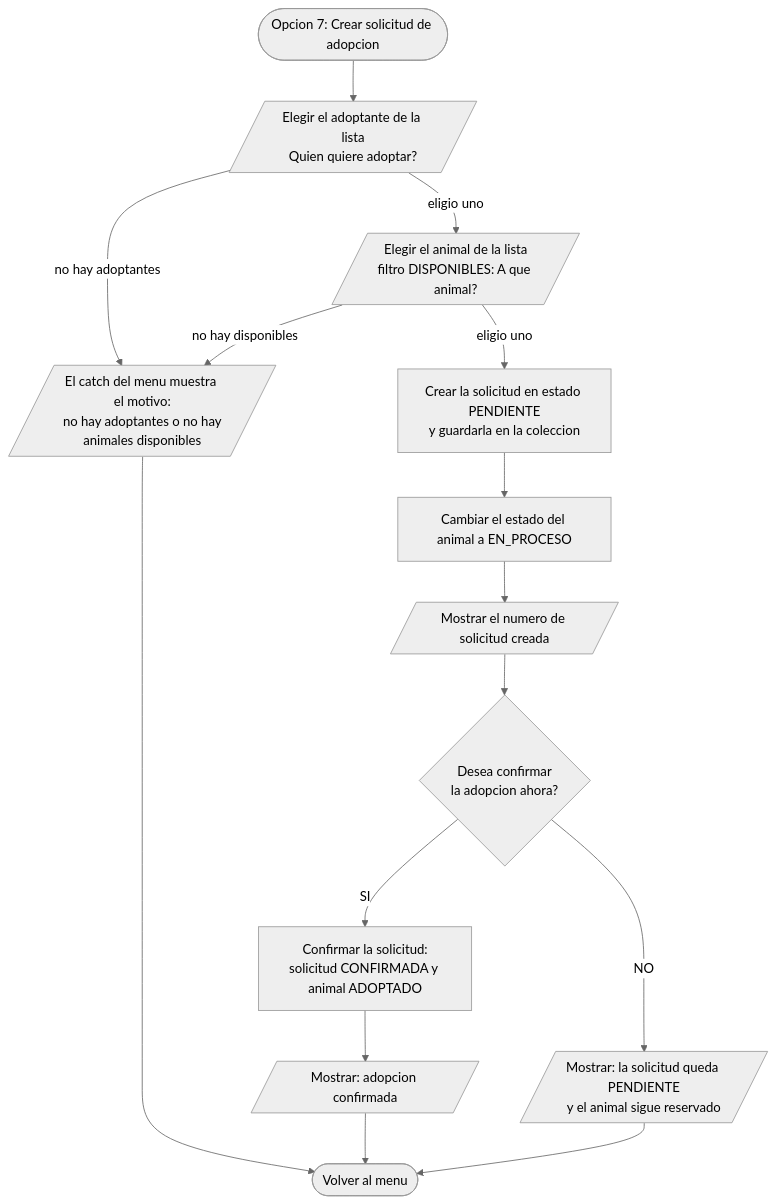
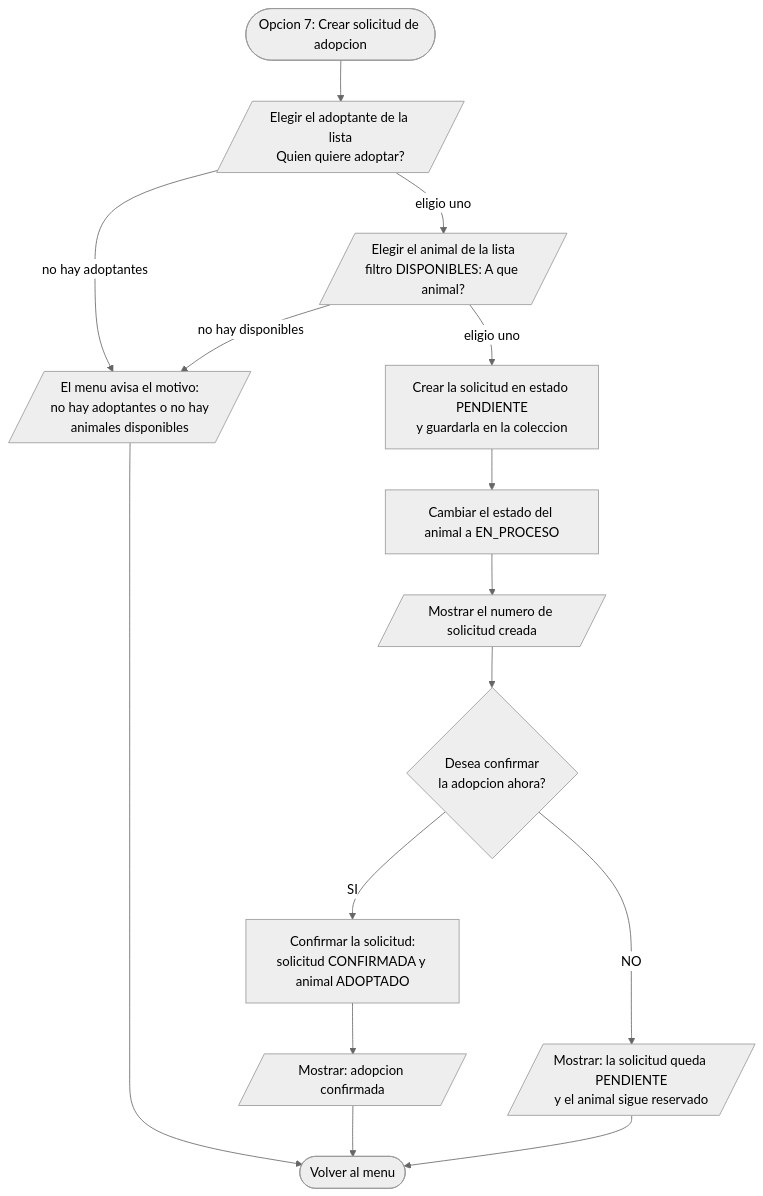
One commit to tobiastardivo/REFUGIO changed the tenth of 18 diagrams in DIAGRAMAS.md. Above: the diagram before and after it, drawn with Mermaid (neutral theme). The commit also changed other lines of this file and 7 other files, not shown here.

````diff
--- a/DIAGRAMAS.md
+++ b/DIAGRAMAS.md
@@ -343,23 +353,23 @@
 ```mermaid
 flowchart TD
     INI(["Opcion 7: Crear solicitud de adopcion"])
     ELAD[/"Elegir el adoptante de la lista<br/>Quien quiere adoptar?"/]
     ELAN[/"Elegir el animal de la lista<br/>filtro DISPONIBLES: A que animal?"/]
     CREA["Crear la solicitud en estado PENDIENTE<br/>y guardarla en la coleccion"]
     RESERVA["Cambiar el estado del animal a EN_PROCESO"]
     MSG[/"Mostrar el numero de solicitud creada"/]
     CONF{"Desea confirmar<br/>la adopcion ahora?"}
     CONFIRMA["Confirmar la solicitud:<br/>solicitud CONFIRMADA y animal ADOPTADO"]
     MSG1[/"Mostrar: adopcion confirmada"/]
     MSG2[/"Mostrar: la solicitud queda PENDIENTE<br/>y el animal sigue reservado"/]
-    CATCH[/"El catch del menu muestra el motivo:<br/>no hay adoptantes o no hay<br/>animales disponibles"/]
+    CATCH[/"El menu avisa el motivo:<br/>no hay adoptantes o no hay<br/>animales disponibles"/]
     FIN(["Volver al menu"])
 
     INI --> ELAD
     ELAD -->|"no hay adoptantes"| CATCH --> FIN
     ELAD -->|"eligio uno"| ELAN
     ELAN -->|"no hay disponibles"| CATCH
     ELAN -->|"eligio uno"| CREA --> RESERVA --> MSG --> CONF
     CONF -->|"SI"| CONFIRMA --> MSG1 --> FIN
     CONF -->|"NO"| MSG2 --> FIN
 ```
````
